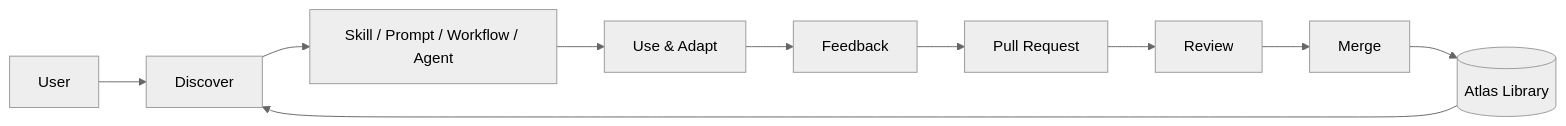
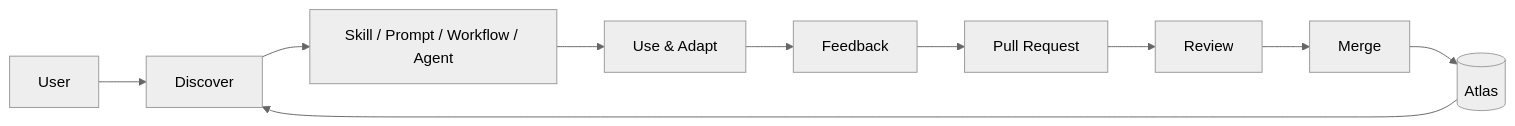
One commit to SANJANAKUMARI83/claude-skills-atlas changed the diagram in README.md. Above: the diagram before and after it, drawn with Mermaid (neutral theme). The commit also changed other lines of this file, not shown here.

````diff
--- a/README.md
+++ b/README.md
@@ -93,12 +144,12 @@
 ```mermaid
 graph LR
     User[User] --> Discover[Discover]
     Discover --> Resource[Skill / Prompt / Workflow / Agent]
     Resource --> Use[Use & Adapt]
     Use --> Feedback[Feedback]
     Feedback --> PR[Pull Request]
     PR --> Review[Review]
     Review --> Merge[Merge]
-    Merge --> Library[(Atlas Library)]
+    Merge --> Library[(Atlas)]
     Library --> Discover
 ```
````
